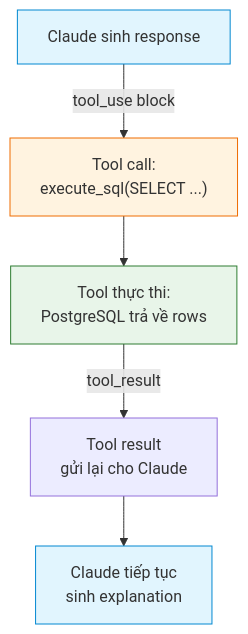
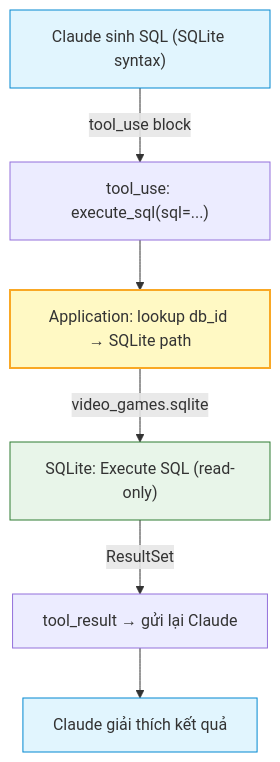
One commit to Learnheart/Text2SQL changed the third of 6 diagrams in docs/03_Technical_Assessment/pattern_2_rag_single_agent/03_architecture_flow.md. Above: the diagram before and after it, drawn with Mermaid. The commit also changed other lines of this file and 3 other files, not shown here.

First line of the commit message:
rewrite architecture docs — BIRD multi-database + SQLite evaluation

````diff
--- a/docs/03_Technical_Assessment/pattern_2_rag_single_agent/03_architecture_flow.md
+++ b/docs/03_Technical_Assessment/pattern_2_rag_single_agent/03_architecture_flow.md
@@ -161,18 +167,20 @@
 ```mermaid
 graph TD
-    Claude1["Claude sinh response"]
-    ToolCall["Tool call:<br/>execute_sql(SELECT ...)"]
-    ToolExec["Tool thực thi:<br/>PostgreSQL trả về rows"]
-    ToolResult["Tool result<br/>gửi lại cho Claude"]
-    Claude2["Claude tiếp tục<br/>sinh explanation"]
+    Claude1["Claude sinh SQL (SQLite syntax)"]
+    ToolCall["tool_use: execute_sql(sql=...)"]
+    Route["Application: lookup db_id → SQLite path"]
+    Exec["SQLite: Execute SQL (read-only)"]
+    ToolResult["tool_result → gửi lại Claude"]
+    Claude2["Claude giải thích kết quả"]
 
     Claude1 -->|"tool_use block"| ToolCall
-    ToolCall --> ToolExec
-    ToolExec -->|"tool_result"| ToolResult
+    ToolCall --> Route
+    Route -->|"video_games.sqlite"| Exec
+    Exec -->|"ResultSet"| ToolResult
     ToolResult --> Claude2
 
     style Claude1 fill:#e1f5fe,stroke:#0288d1
     style Claude2 fill:#e1f5fe,stroke:#0288d1
-    style ToolCall fill:#fff3e0,stroke:#ef6c00
-    style ToolExec fill:#e8f5e9,stroke:#2e7d32
+    style Route fill:#fff9c4,stroke:#f9a825,stroke-width:2px
+    style Exec fill:#e8f5e9,stroke:#2e7d32
 ```
````
